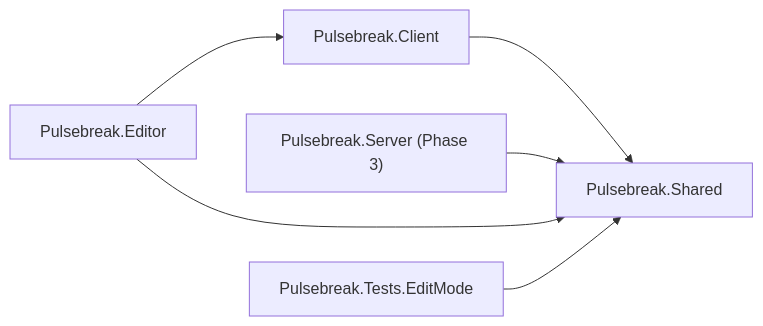
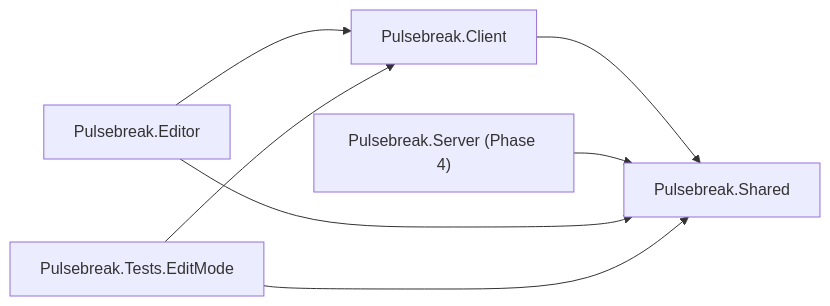
One commit to aidenobrad-ctrl/Claude changed the first of 5 diagrams in pulsebreak/docs/ARCHITECTURE.md. Above: the diagram before and after it, drawn with Mermaid. The commit also changed other lines of this file and 2 other files, not shown here.

First line of the commit message:
Document loadouts and renumber the roadmap

````diff
--- a/pulsebreak/docs/ARCHITECTURE.md
+++ b/pulsebreak/docs/ARCHITECTURE.md
@@ -97,8 +100,9 @@
 ```mermaid
 flowchart LR
     Client[Pulsebreak.Client] --> Shared[Pulsebreak.Shared]
-    Server["Pulsebreak.Server (Phase 3)"] --> Shared
+    Server["Pulsebreak.Server (Phase 4)"] --> Shared
     Editor[Pulsebreak.Editor] --> Client
     Editor --> Shared
     Tests[Pulsebreak.Tests.EditMode] --> Shared
+    Tests --> Client
 ```
````
